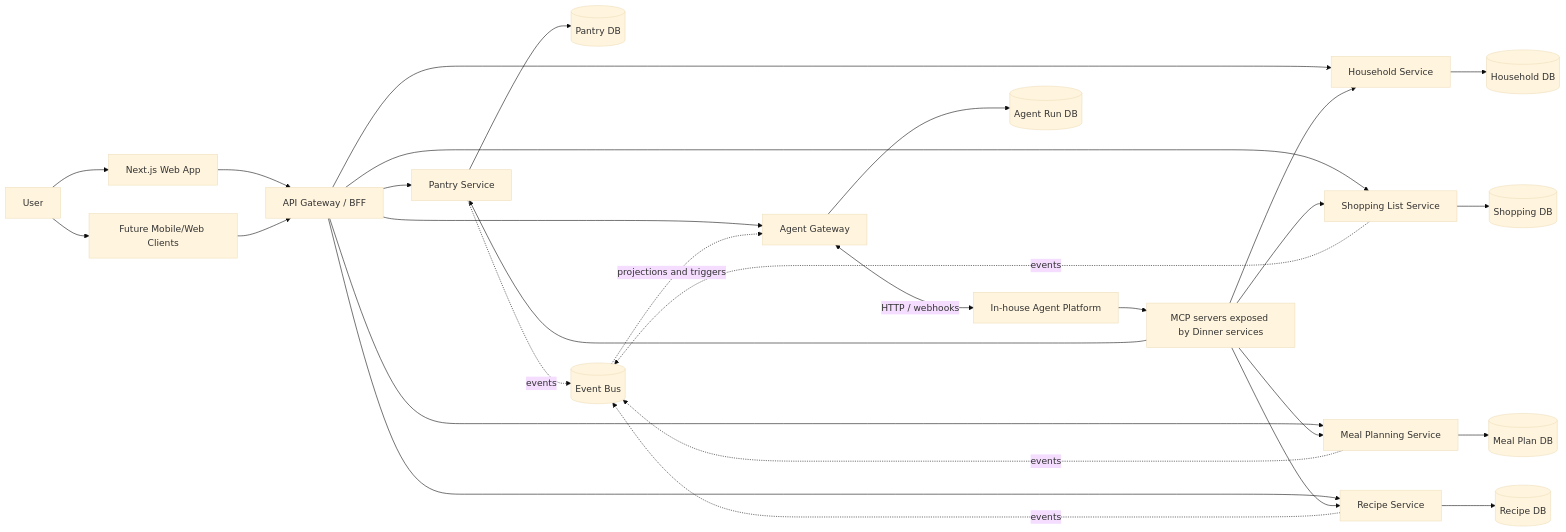
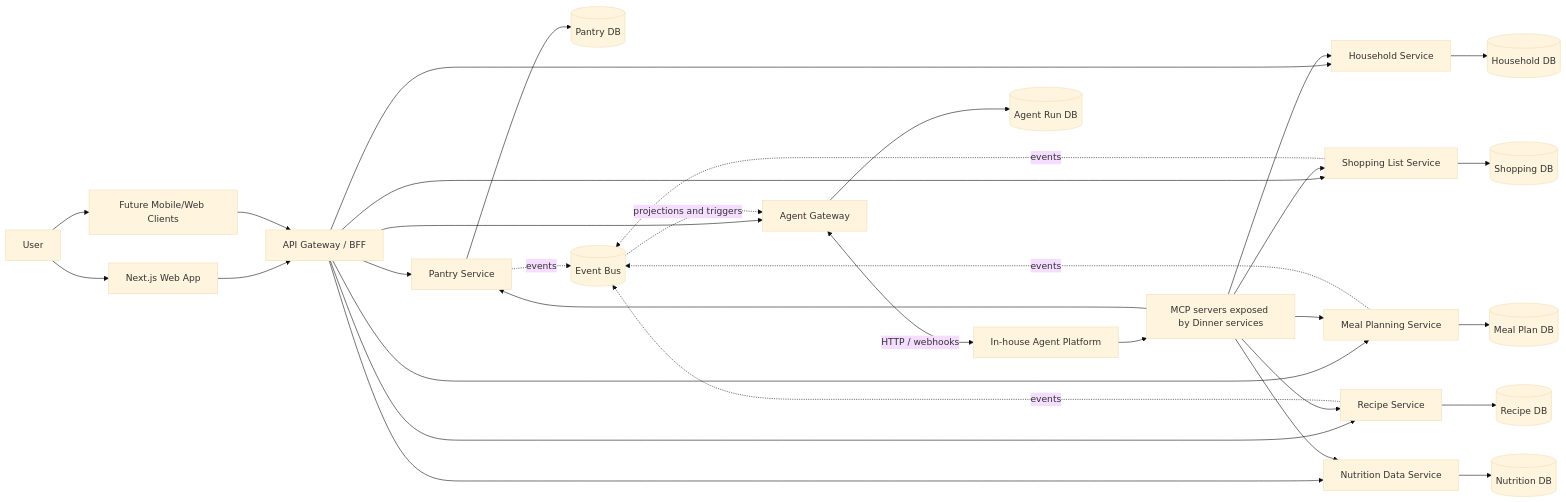
One commit to pale-glyph/dinner changed the first of 4 diagrams in docs/dinner-spec.md. Above: the diagram before and after it, drawn with Mermaid (base theme). The commit also changed other lines of this file and 11 other files, not shown here.

````diff
--- a/docs/dinner-spec.md
+++ b/docs/dinner-spec.md
@@ -96,36 +102,39 @@
 ```mermaid
 flowchart LR
     User[User] --> Web[Next.js Web App]
     User --> Future[Future Mobile/Web Clients]
 
     Web --> Gateway[API Gateway / BFF]
     Future --> Gateway
 
     Gateway --> Household[Household Service]
     Gateway --> Pantry[Pantry Service]
     Gateway --> Shopping[Shopping List Service]
     Gateway --> Meals[Meal Planning Service]
     Gateway --> Recipes[Recipe Service]
+    Gateway --> Nutrition[Nutrition Data Service]
     Gateway --> AgentAPI[Agent Gateway]
 
     AgentAPI <-->|HTTP / webhooks| Agents[In-house Agent Platform]
     Agents --> MCP[MCP servers exposed by Dinner services]
     MCP --> Pantry
     MCP --> Shopping
     MCP --> Meals
     MCP --> Recipes
     MCP --> Household
+    MCP --> Nutrition
 
     Household --> HouseholdDB[(Household DB)]
     Pantry --> PantryDB[(Pantry DB)]
     Shopping --> ShoppingDB[(Shopping DB)]
     Meals --> MealsDB[(Meal Plan DB)]
     Recipes --> RecipeDB[(Recipe DB)]
+    Nutrition --> NutritionDB[(Nutrition DB)]
     AgentAPI --> AgentDB[(Agent Run DB)]
 
     Pantry -. events .-> Bus[(Event Bus)]
     Shopping -. events .-> Bus
     Meals -. events .-> Bus
     Recipes -. events .-> Bus
     Bus -. projections and triggers .-> AgentAPI
 ```
````
